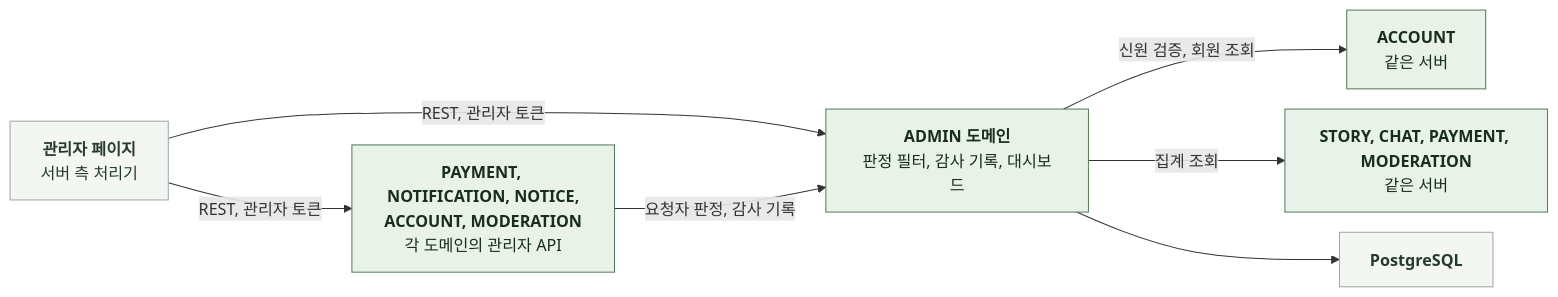
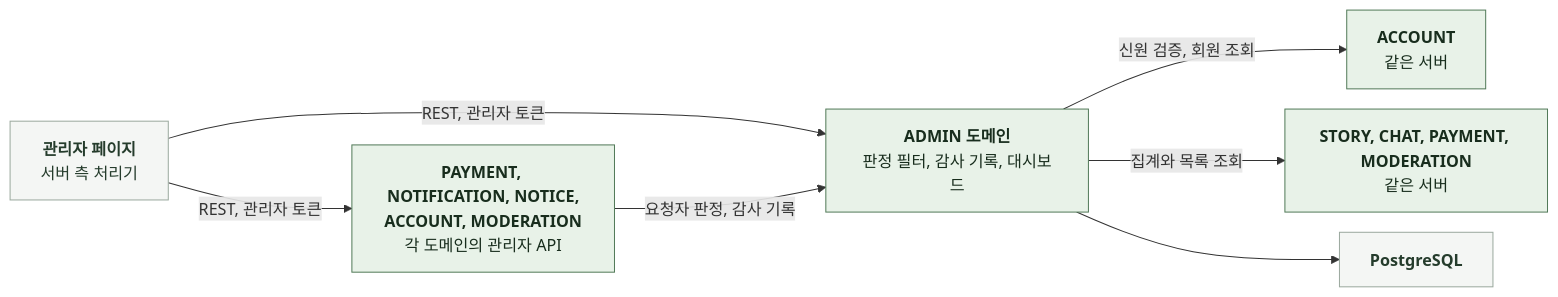
Before and after one commit to KIM-N-KANG/knk-harness: the diagram in docs/domain/ADMIN/BACKEND/3-1-SOFTWARE-ARCHITECTURE.md, drawn with Mermaid. The commit also changed other lines of this file and 14 other files, not shown here.

````diff
--- a/docs/domain/ADMIN/BACKEND/3-1-SOFTWARE-ARCHITECTURE.md
+++ b/docs/domain/ADMIN/BACKEND/3-1-SOFTWARE-ARCHITECTURE.md
@@ -19,20 +19,20 @@
 ```mermaid
 %%{init: {"flowchart": {"curve": "basis", "nodeSpacing": 20, "rankSpacing": 60}}}%%
 flowchart LR
     A["`**관리자 페이지**
 서버 측 처리기`"] -->|REST, 관리자 토큰| S["`**ADMIN 도메인**
 판정 필터, 감사 기록, 대시보드`"]
     A -->|REST, 관리자 토큰| O["`**PAYMENT, NOTIFICATION, NOTICE,
 ACCOUNT, MODERATION**
 각 도메인의 관리자 API`"]
     O -->|요청자 판정, 감사 기록| S
     S -->|신원 검증, 회원 조회| AC["`**ACCOUNT**
 같은 서버`"]
-    S -->|집계 조회| R["`**STORY, CHAT, PAYMENT, MODERATION**
+    S -->|집계와 목록 조회| R["`**STORY, CHAT, PAYMENT, MODERATION**
 같은 서버`"]
     S --> DB["`**PostgreSQL**`"]
     classDef ext fill:#F4F6F4,stroke:#9BA99E,color:#253C2C
     classDef comp fill:#E8F2E8,stroke:#527A59,color:#182D1D
     class A,DB ext
     class S,O,AC,R comp
 ```
````
